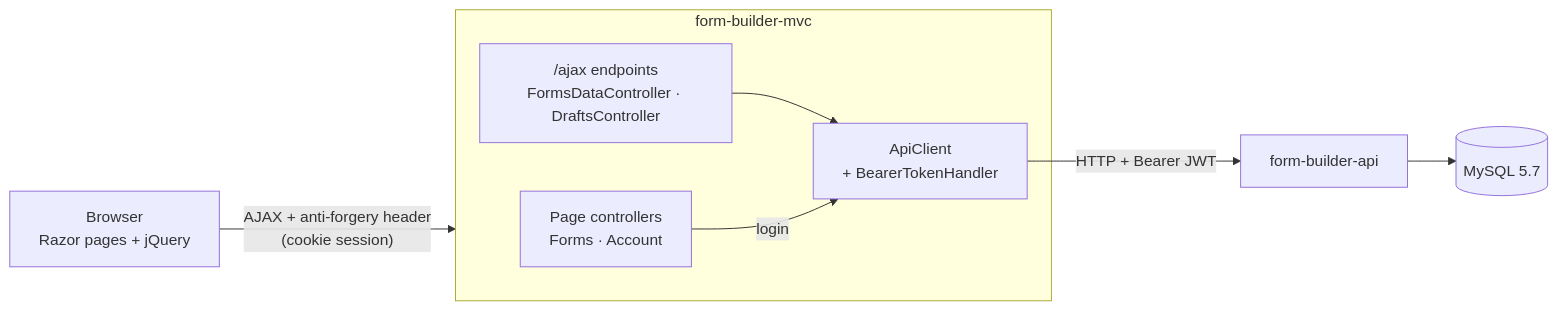
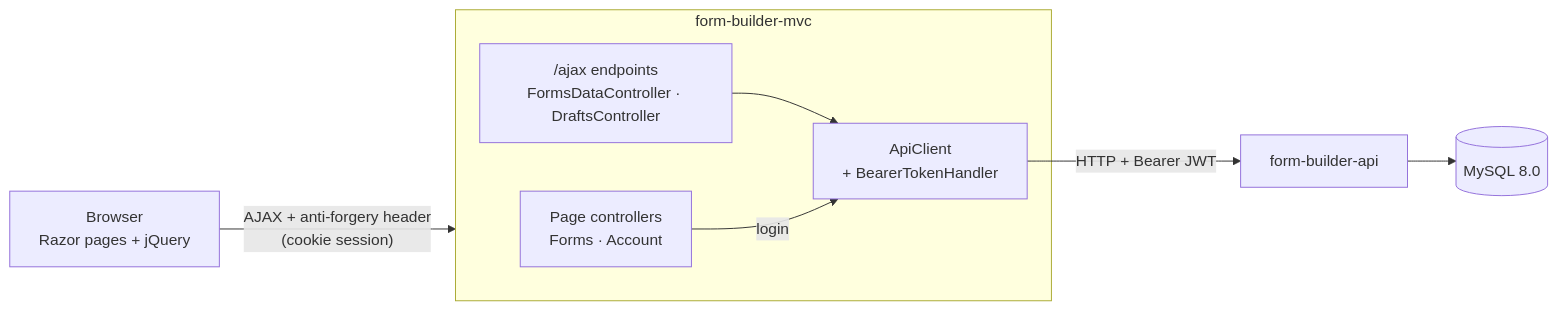
The first of 2 diagrams in README.md (Masoudhi/form-builder-mvc), drawn with Mermaid before and after one commit. The commit also changed other lines of this file and 9 other files, not shown here.

````diff
--- a/README.md
+++ b/README.md
@@ -49,15 +49,15 @@
 ```mermaid
 flowchart LR
     B["Browser<br/>Razor pages + jQuery"] -->|"AJAX + anti-forgery header<br/>(cookie session)"| M
 
     subgraph M["form-builder-mvc"]
         C["Page controllers<br/>Forms · Account"]
         P["/ajax endpoints<br/>FormsDataController · DraftsController"]
         H["ApiClient<br/>+ BearerTokenHandler"]
     end
 
     P --> H
     C -->|login| H
     H -->|"HTTP + Bearer JWT"| API["form-builder-api"]
-    API --> DB[("MySQL 5.7")]
+    API --> DB[("MySQL 8.0")]
 ```
````
